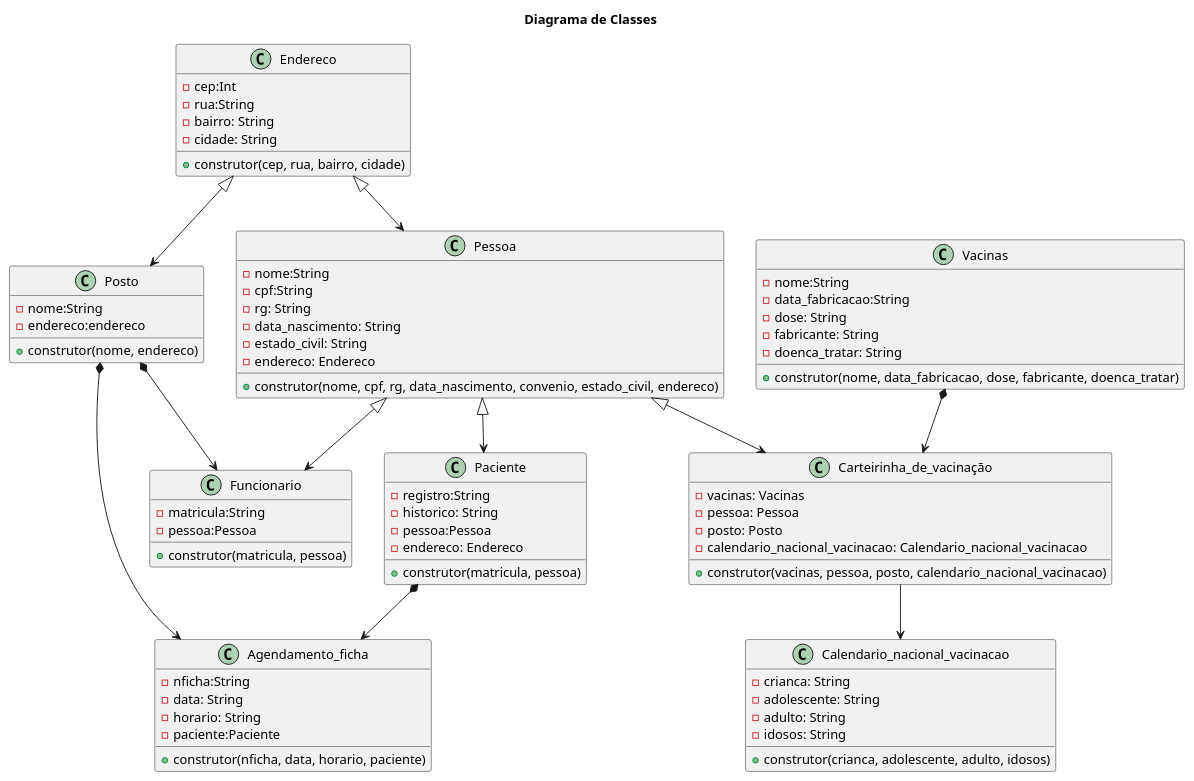
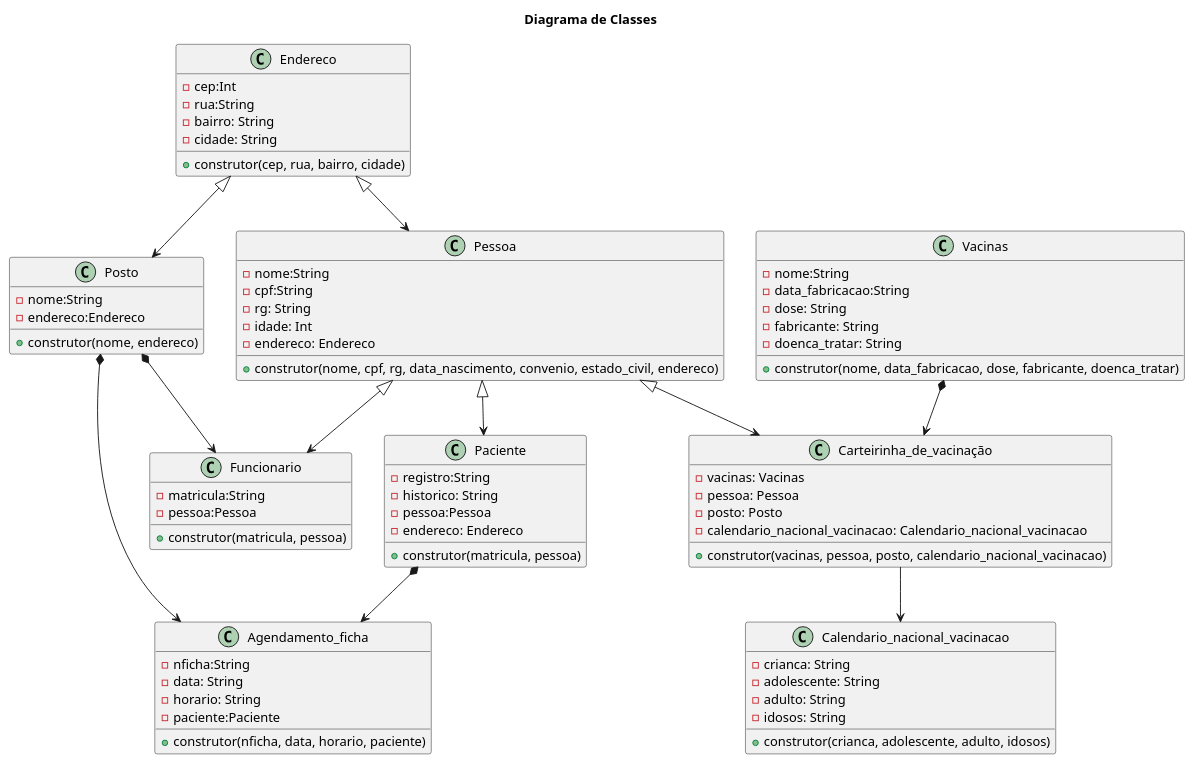
The diagram in @startuml herenca composicao.plantUML (anleaes/2022-1-N2-POO-04), drawn with PlantUML before and after one commit. The commit also changed 4 other files, not shown here.

```diff
--- a/@startuml herenca composicao.plantUML
+++ b/@startuml herenca composicao.plantUML
@@ -1,93 +1,92 @@
 @startuml herenca composicao
 
 title Diagrama de Classes
 
 class Carteirinha_de_vacinação{
     - vacinas: Vacinas
     - pessoa: Pessoa
     - posto: Posto
     - calendario_nacional_vacinacao: Calendario_nacional_vacinacao
     + construtor(vacinas, pessoa, posto, calendario_nacional_vacinacao)
 } 
  
 
 class Posto{
     - nome:String
-    - endereco:endereco
+    - endereco:Endereco
     + construtor(nome, endereco)
 
 }
 
 class Calendario_nacional_vacinacao{
     - crianca: String
     - adolescente: String
     - adulto: String
     - idosos: String
     + construtor(crianca, adolescente, adulto, idosos)
 } 
 
 
 
 class Endereco{
     - cep:Int
     - rua:String
     - bairro: String
     - cidade: String
     + construtor(cep, rua, bairro, cidade)
 }
 
 class Pessoa{
     - nome:String
     - cpf:String
     - rg: String
-    - data_nascimento: String
-    - estado_civil: String
+    - idade: Int
     - endereco: Endereco
     + construtor(nome, cpf, rg, data_nascimento, convenio, estado_civil, endereco)
 }
 class Vacinas{
     - nome:String
     - data_fabricacao:String
     - dose: String
     - fabricante: String
     - doenca_tratar: String
     + construtor(nome, data_fabricacao, dose, fabricante, doenca_tratar)
 }
 
 class Funcionario{
     - matricula:String
     - pessoa:Pessoa
     + construtor(matricula, pessoa)
 
 }
 
 class Paciente{
     - registro:String
     - historico: String
     - pessoa:Pessoa
     - endereco: Endereco
     + construtor(matricula, pessoa)
     }
 
 class Agendamento_ficha{
     - nficha:String
     - data: String
     - horario: String
     - paciente:Paciente
     + construtor(nficha, data, horario, paciente)
     }
 
 Pessoa <|--> Paciente
 Pessoa <|--> Funcionario
 Endereco <|--> Pessoa
 Endereco <|--> Posto
 Carteirinha_de_vacinação --> Calendario_nacional_vacinacao
 Pessoa <|--> Carteirinha_de_vacinação 
 
 Posto *--> Funcionario
 Posto *--> Agendamento_ficha
 Vacinas *--> Carteirinha_de_vacinação
 Paciente *--> Agendamento_ficha
 
 
 @enduml 
```
